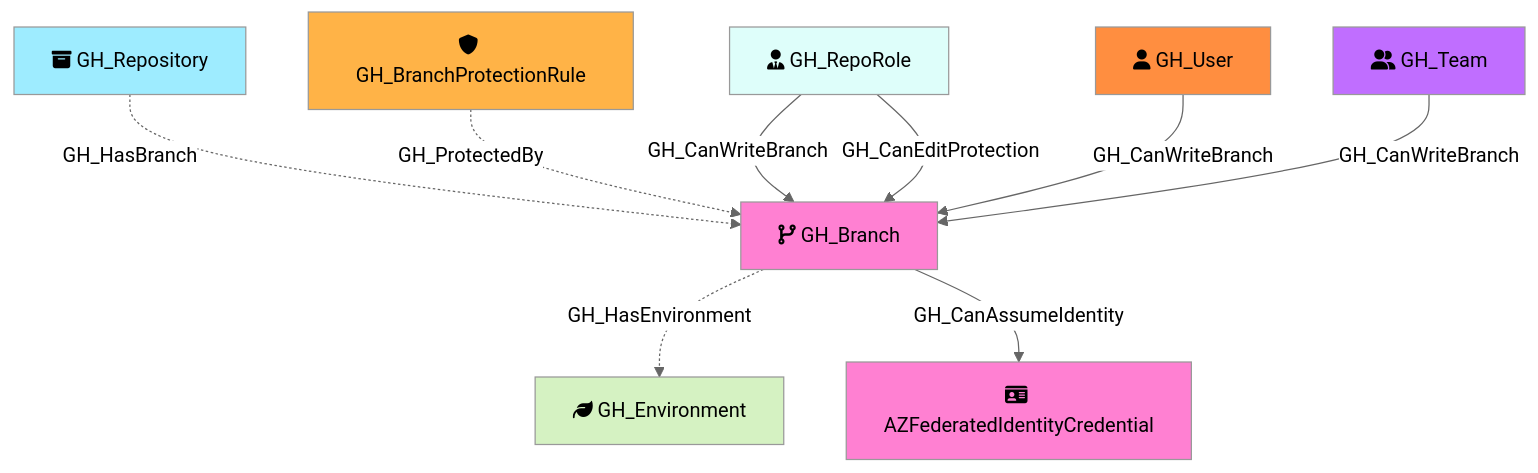
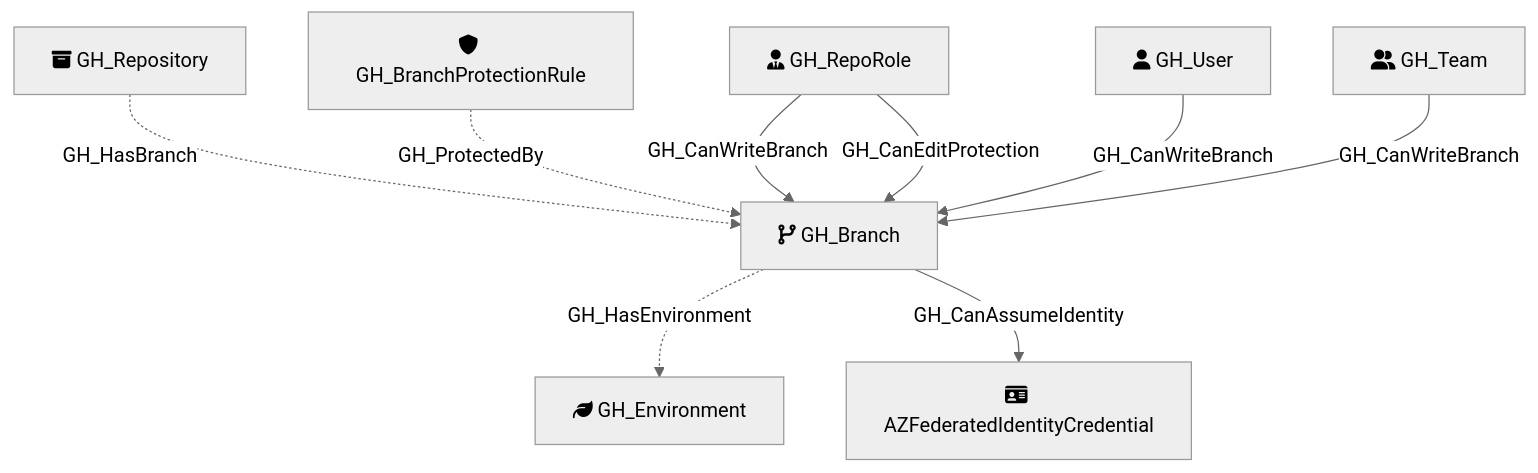
Before and after one commit to SpecterOps/GitHound: the diagram in Documentation/NodeDescriptions/GH_Branch.md, drawn with Mermaid (neutral theme). The commit also changed 23 other files, not shown here.

Commit message:
rm mermaid box colors

````diff
--- a/Documentation/NodeDescriptions/GH_Branch.md
+++ b/Documentation/NodeDescriptions/GH_Branch.md
@@ -40,29 +40,21 @@
 ```mermaid
 flowchart TD
     GH_Branch[fa:fa-code-branch GH_Branch]
     GH_Repository[fa:fa-box-archive GH_Repository]
     GH_RepoRole[fa:fa-user-tie GH_RepoRole]
     GH_BranchProtectionRule[fa:fa-shield GH_BranchProtectionRule]
     GH_Environment[fa:fa-leaf GH_Environment]
     GH_User[fa:fa-user GH_User]
     GH_Team[fa:fa-user-group GH_Team]
     AZFederatedIdentityCredential[fa:fa-id-card AZFederatedIdentityCredential]
 
-    style GH_Branch fill:#FF80D2
-    style GH_Repository fill:#9EECFF
-    style GH_RepoRole fill:#DEFEFA
-    style GH_BranchProtectionRule fill:#FFB347
-    style GH_Environment fill:#D5F2C2
-    style GH_User fill:#FF8E40
-    style GH_Team fill:#C06EFF
-    style AZFederatedIdentityCredential fill:#FF80D2
 
     GH_Repository -.->|GH_HasBranch| GH_Branch
     GH_BranchProtectionRule -.->|GH_ProtectedBy| GH_Branch
     GH_Branch -.->|GH_HasEnvironment| GH_Environment
     GH_Branch -->|GH_CanAssumeIdentity| AZFederatedIdentityCredential
     GH_RepoRole -->|GH_CanWriteBranch| GH_Branch
     GH_RepoRole -->|GH_CanEditProtection| GH_Branch
     GH_User -->|GH_CanWriteBranch| GH_Branch
     GH_Team -->|GH_CanWriteBranch| GH_Branch
 ```
````
